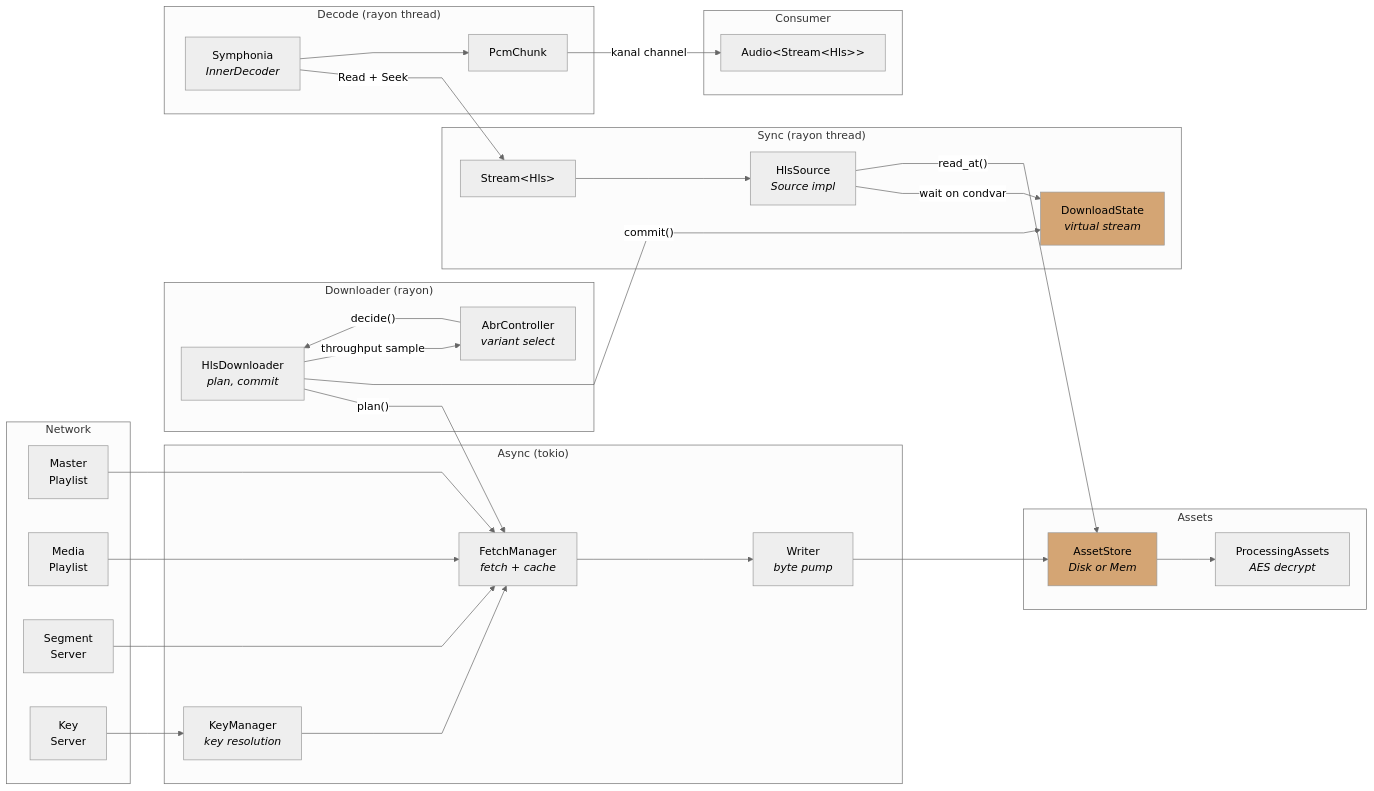
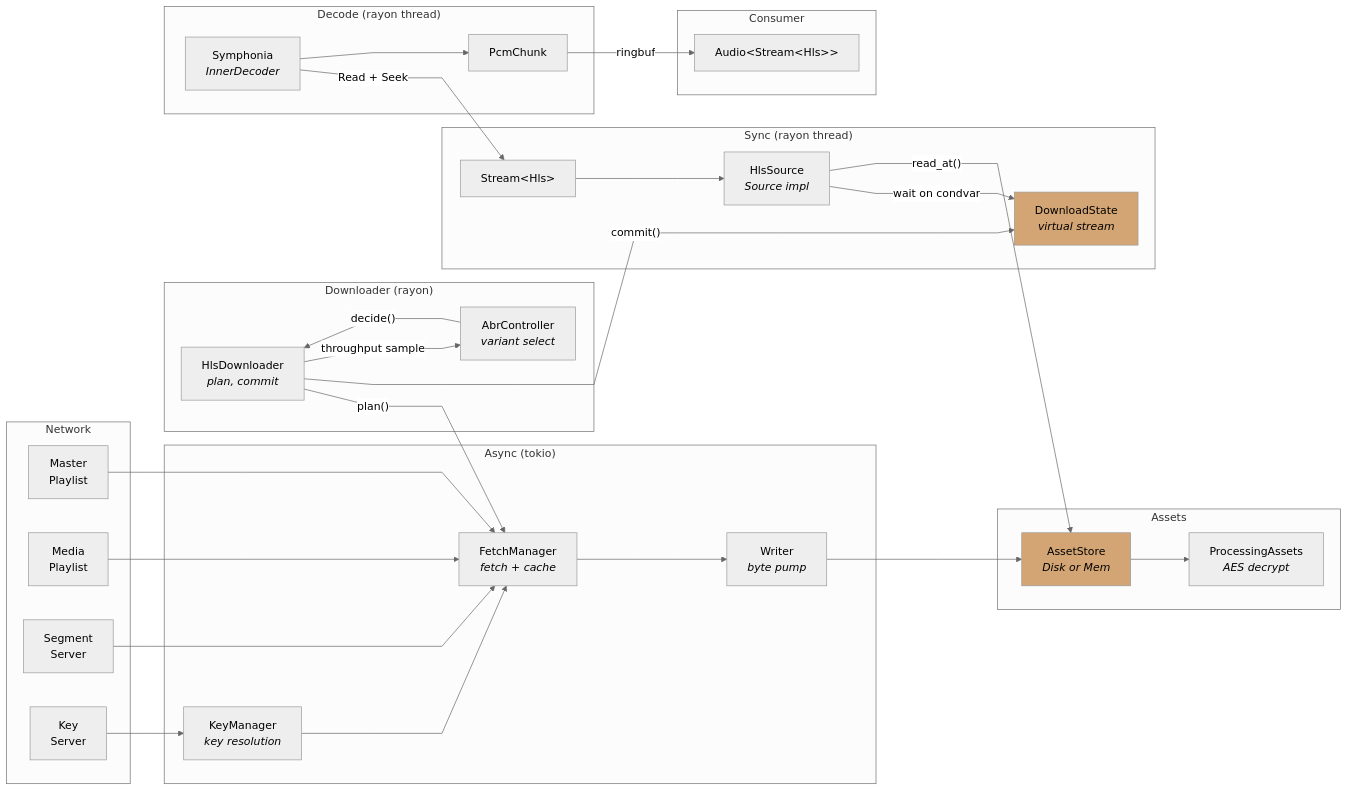
One commit to zvuk/kithara changed the first of 3 diagrams in crates/kithara-hls/README.md. Above: the diagram before and after it, drawn with Mermaid (neutral theme). The commit also changed 135 other files, not shown here.

````diff
--- a/crates/kithara-hls/README.md
+++ b/crates/kithara-hls/README.md
@@ -30,63 +30,63 @@
 ```mermaid
 %%{init: {"flowchart": {"curve": "linear"}} }%%
 flowchart LR
     subgraph Network
         MasterPL["Master<br/>Playlist"]
         MediaPL["Media<br/>Playlist"]
         SegSrv["Segment<br/>Server"]
         KeySrv["Key<br/>Server"]
     end
 
     subgraph "Async (tokio)"
         FM["FetchManager<br/><i>fetch + cache</i>"]
         KM["KeyManager<br/><i>key resolution</i>"]
         W["Writer<br/><i>byte pump</i>"]
     end
 
     subgraph "Downloader (rayon)"
         DL["HlsDownloader<br/><i>plan, commit</i>"]
         ABR["AbrController<br/><i>variant select</i>"]
     end
 
     subgraph "Assets"
         AB["AssetStore<br/><i>Disk or Mem</i>"]
         Proc["ProcessingAssets<br/><i>AES decrypt</i>"]
     end
 
     subgraph "Sync (rayon thread)"
         HS["HlsSource<br/><i>Source impl</i>"]
         SI["DownloadState<br/><i>virtual stream</i>"]
         StreamH["Stream&lt;Hls&gt;"]
     end
 
     subgraph "Decode (rayon thread)"
         Dec["Symphonia<br/><i>InnerDecoder</i>"]
         PCM2["PcmChunk"]
     end
 
     subgraph "Consumer"
         Audio2["Audio&lt;Stream&lt;Hls&gt;&gt;"]
     end
 
     MasterPL --> FM
     MediaPL --> FM
     SegSrv --> FM
     KeySrv --> KM
     KM --> FM
     FM --> W
     W --> AB
     AB --> Proc
     DL -- "plan()" --> FM
     DL -- "commit()" --> SI
     ABR -- "decide()" --> DL
     DL -- "throughput sample" --> ABR
     HS -- "wait on condvar" --> SI
     HS -- "read_at()" --> AB
     StreamH --> HS
     Dec -- "Read + Seek" --> StreamH
     Dec --> PCM2
-    PCM2 -- "kanal channel" --> Audio2
+    PCM2 -- "ringbuf" --> Audio2
 
     style SI fill:#d4a574,color:#000
     style AB fill:#d4a574,color:#000
 ```
````
